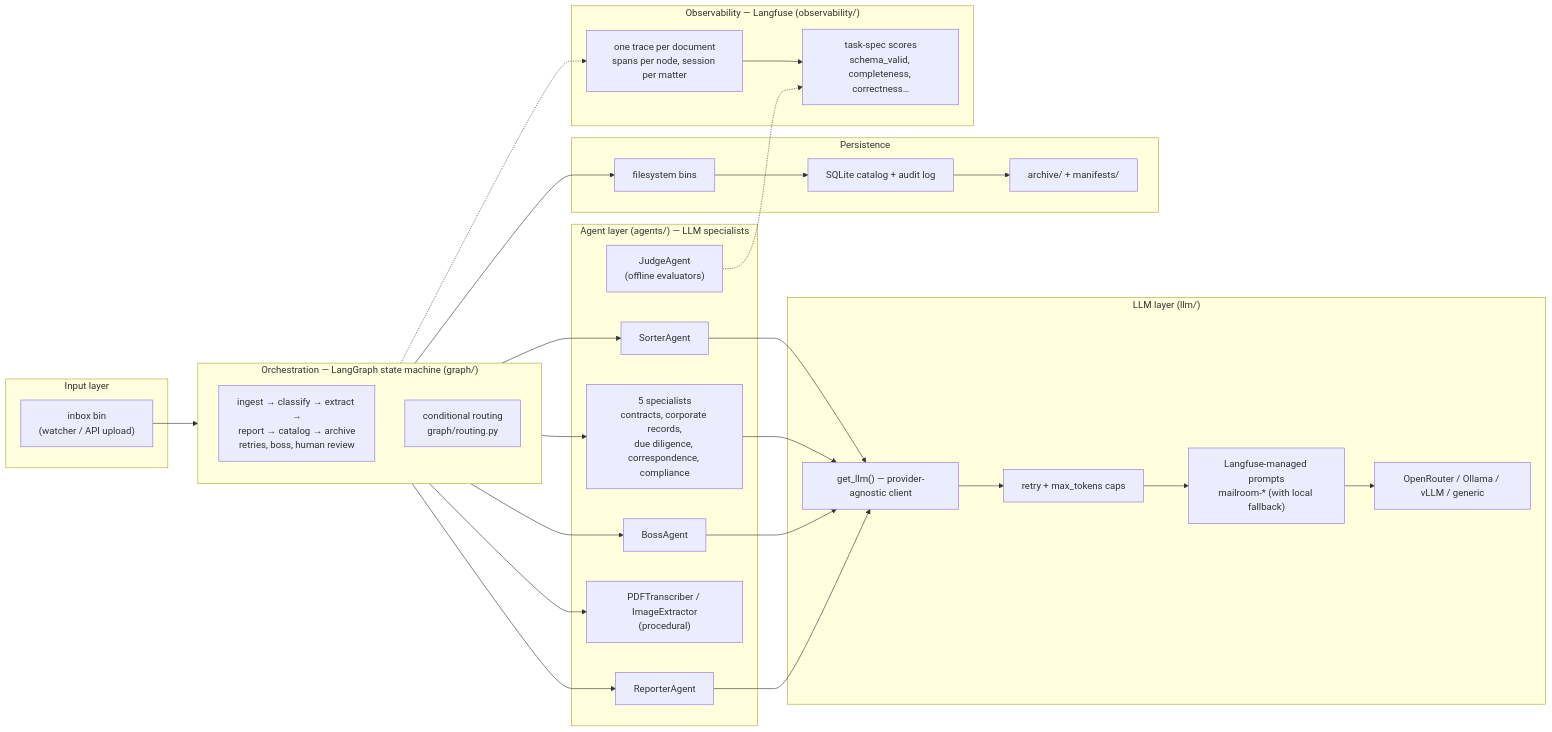
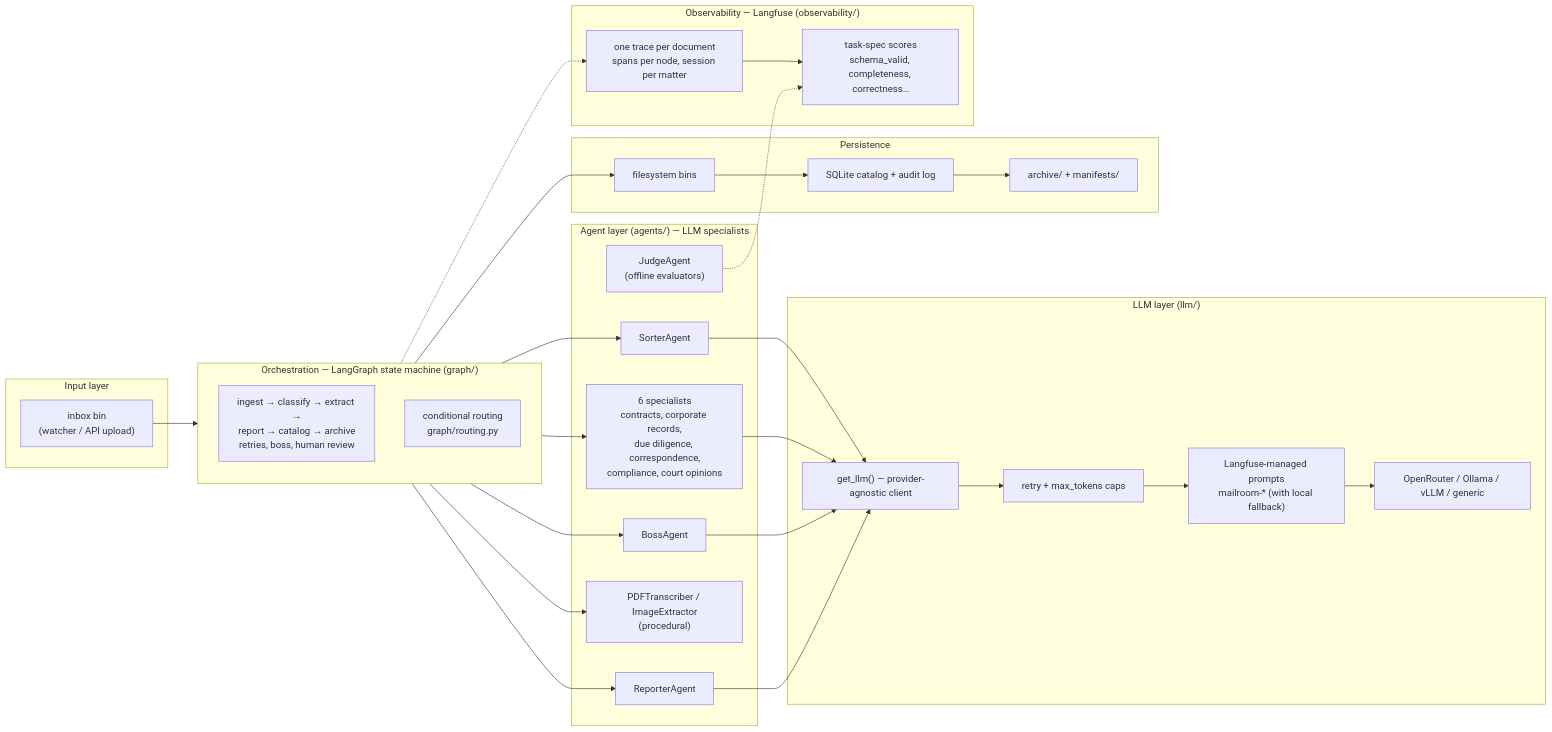
One commit to Exios66/llm-mailroom changed the second of 2 diagrams in docs/architecture.md. Above: the diagram before and after it, drawn with Mermaid. The commit also changed 23 other files, not shown here.

````diff
--- a/docs/architecture.md
+++ b/docs/architecture.md
@@ -55,48 +55,48 @@
 ```mermaid
 flowchart LR
     subgraph IN["Input layer"]
         INBOX["inbox bin<br/>(watcher / API upload)"]
     end
 
     subgraph ORCH["Orchestration — LangGraph state machine (graph/)"]
         direction TB
         NODES["ingest → classify → extract →<br/>report → catalog → archive<br/>retries, boss, human review"]
         ROUTING["conditional routing<br/>graph/routing.py"]
     end
 
     subgraph AGENTS["Agent layer (agents/) — LLM specialists"]
         SORTER["SorterAgent"]
-        SPEC["5 specialists<br/>contracts, corporate records,<br/>due diligence, correspondence, compliance"]
+        SPEC["6 specialists<br/>contracts, corporate records,<br/>due diligence, correspondence,<br/>compliance, court opinions"]
         BOSS["BossAgent"]
         REPORTER["ReporterAgent"]
         PDF["PDFTranscriber / ImageExtractor<br/>(procedural)"]
         JUDGE["JudgeAgent<br/>(offline evaluators)"]
     end
 
     subgraph LLM["LLM layer (llm/)"]
         CLI["get_llm() — provider-agnostic client"]
         RETRY["retry + max_tokens caps"]
         PROMPTS["Langfuse-managed prompts<br/>mailroom-* (with local fallback)"]
         P["OpenRouter / Ollama / vLLM / generic"]
     end
 
     subgraph PERSIST["Persistence"]
         BINS["filesystem bins"]
         SQLITE["SQLite catalog + audit log"]
         ARCHIVE2["archive/ + manifests/"]
     end
 
     subgraph OBS["Observability — Langfuse (observability/)"]
         TRACES["one trace per document<br/>spans per node, session per matter"]
         SCORES["task-spec scores<br/>schema_valid, completeness, correctness…"]
     end
 
     INBOX --> NODES
     NODES --> SORTER & SPEC & BOSS & REPORTER & PDF
     SORTER & SPEC & BOSS & REPORTER --> CLI
     CLI --> RETRY --> PROMPTS --> P
     NODES --> BINS --> SQLITE --> ARCHIVE2
     NODES -.-> TRACES
     TRACES --> SCORES
     JUDGE -.-> SCORES
 ```
````
